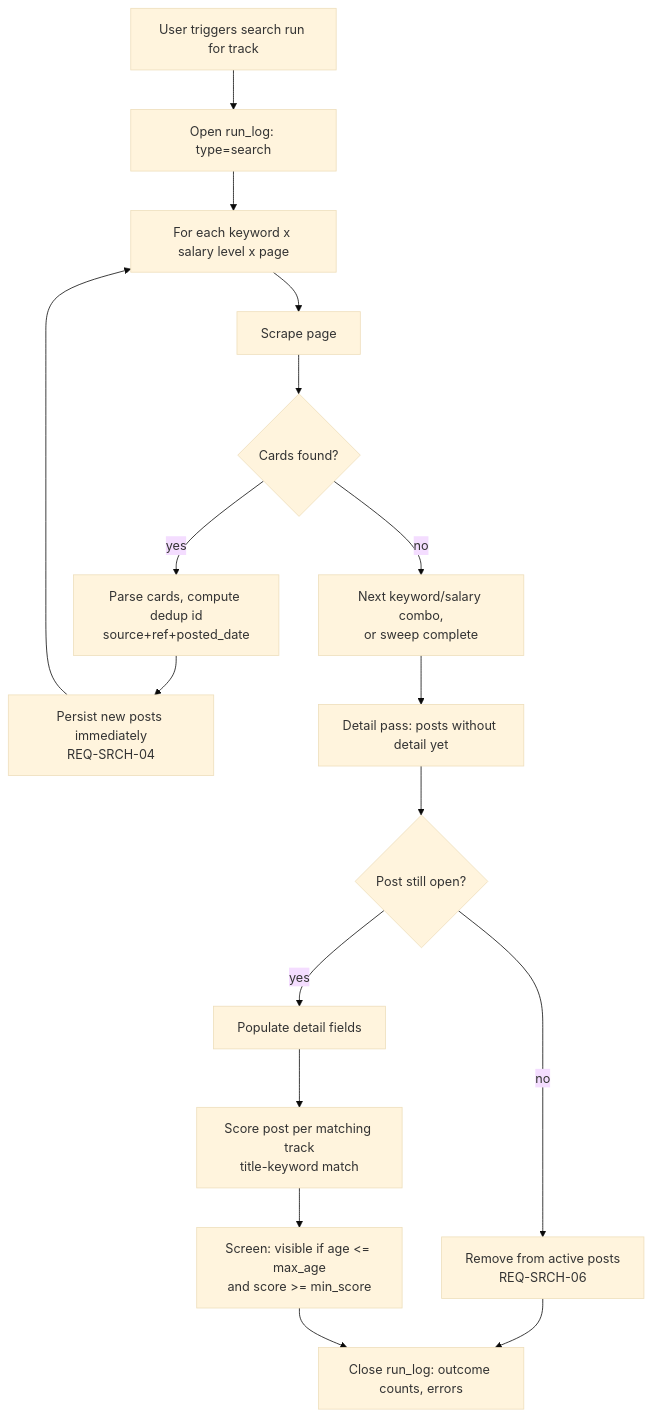
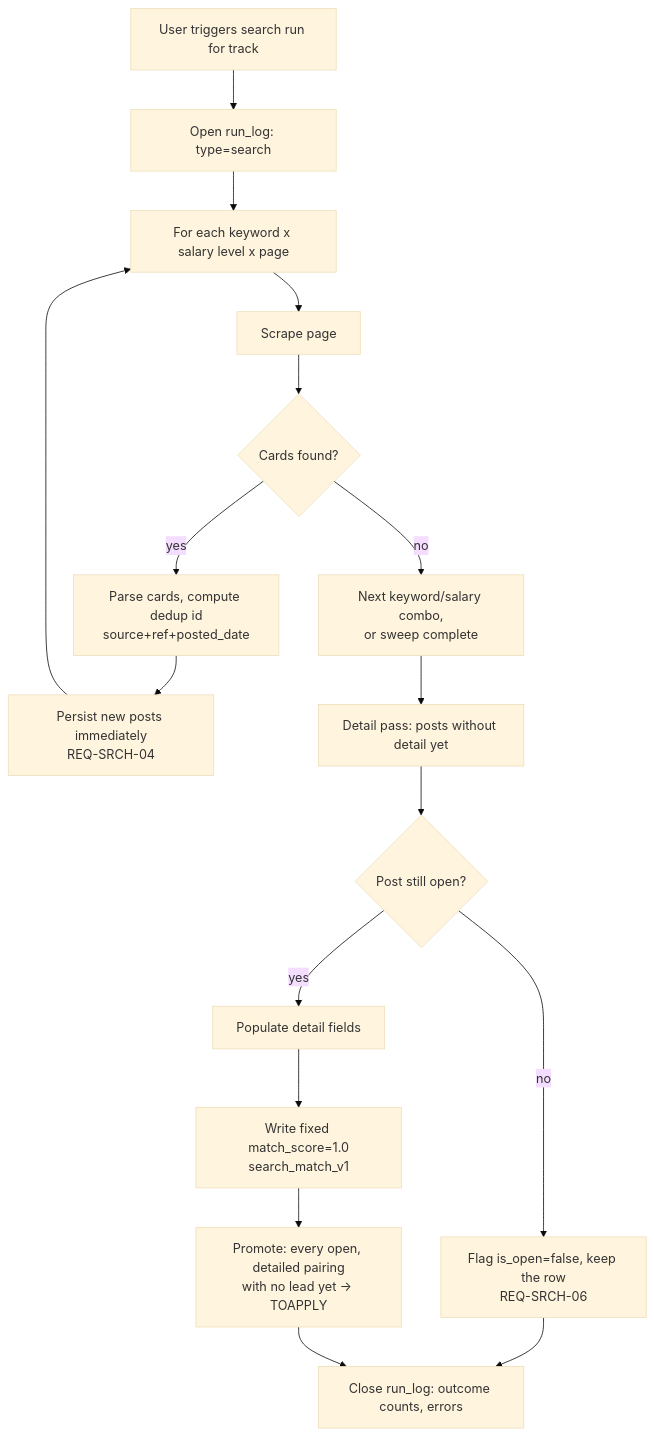
One commit to yayfalafels/easymcf changed the first of 4 diagrams in docs/releases/010/design/010-workflows.md. Above: the diagram before and after it, drawn with Mermaid (base theme). The commit also changed other lines of this file and 25 other files, not shown here.

````diff
--- a/docs/releases/010/design/010-workflows.md
+++ b/docs/releases/010/design/010-workflows.md
@@ -57,19 +57,19 @@
 ```mermaid
 flowchart TD
     A[User triggers search run for track] --> B[Open run_log: type=search]
     B --> C[For each keyword x salary level x page]
     C --> D[Scrape page]
     D --> E{Cards found?}
     E -- yes --> F[Parse cards, compute dedup id\nsource+ref+posted_date]
     F --> G[Persist new posts immediately\nREQ-SRCH-04]
     G --> C
     E -- no --> H[Next keyword/salary combo,\nor sweep complete]
     H --> I[Detail pass: posts without detail yet]
     I --> J{Post still open?}
-    J -- no --> K[Remove from active posts\nREQ-SRCH-06]
+    J -- no --> K[Flag is_open=false, keep the row\nREQ-SRCH-06]
     J -- yes --> L[Populate detail fields]
-    L --> M[Score post per matching track\ntitle-keyword match]
-    M --> N[Screen: visible if age <= max_age\nand score >= min_score]
+    L --> M[Write fixed match_score=1.0\nsearch_match_v1]
+    M --> N[Promote: every open, detailed pairing\nwith no lead yet -> TOAPPLY]
     K --> O[Close run_log: outcome counts, errors]
     N --> O
 ```
````
